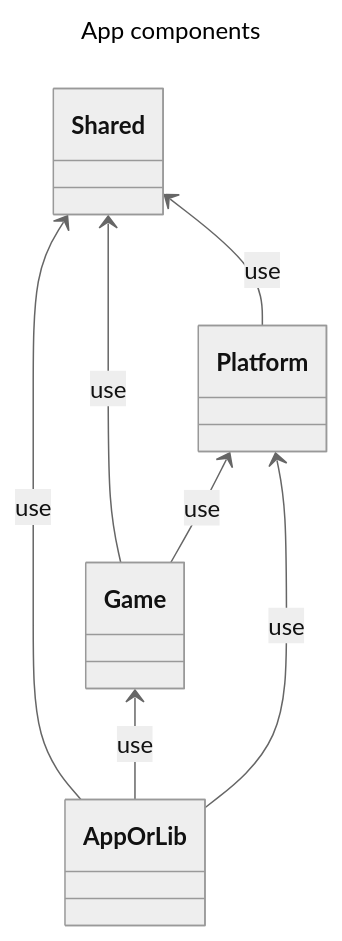
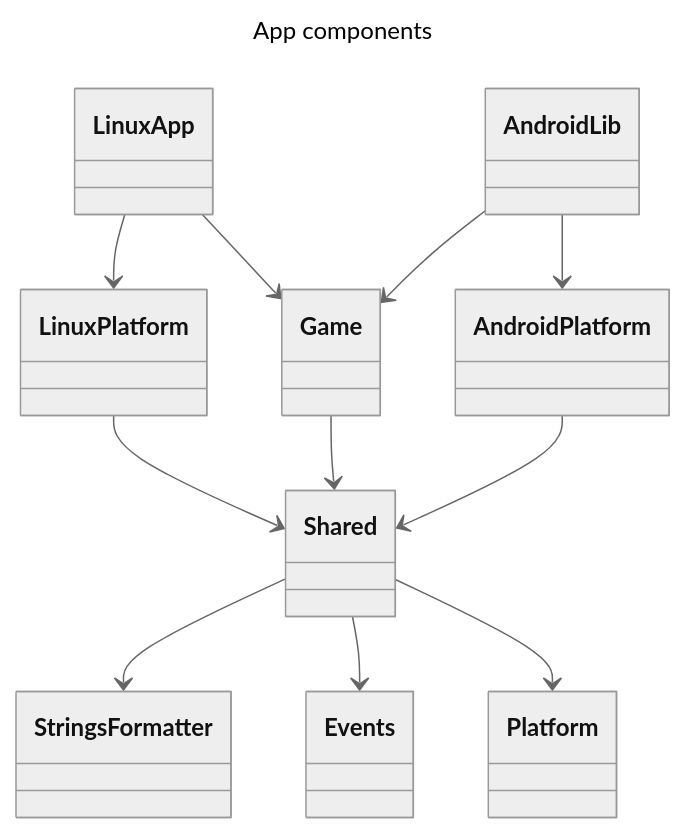
The diagram in app/src/main/cpp/README.md (simonppg/Break_it_all), drawn with Mermaid (neutral theme) before and after one commit.

````diff
--- a/app/src/main/cpp/README.md
+++ b/app/src/main/cpp/README.md
@@ -3,12 +3,17 @@
 ```mermaid
 ---
 title: App components
 ---
 classDiagram
-  Shared <-- Game : use
-  Shared <-- AppOrLib : use
-  Game <-- AppOrLib : use
-  Platform <-- AppOrLib : use
-  Platform <-- Game : use
-  Shared <-- Platform : use
+direction BT
+  StringsFormatter <-- Shared
+  Events <-- Shared
+  Platform <-- Shared
+  Shared <-- LinuxPlatform
+  Shared <-- Game
+  Shared <-- AndroidPlatform
+  Game <-- LinuxApp
+  Game <-- AndroidLib
+  LinuxPlatform <-- LinuxApp
+  AndroidPlatform <-- AndroidLib
 ```
````
